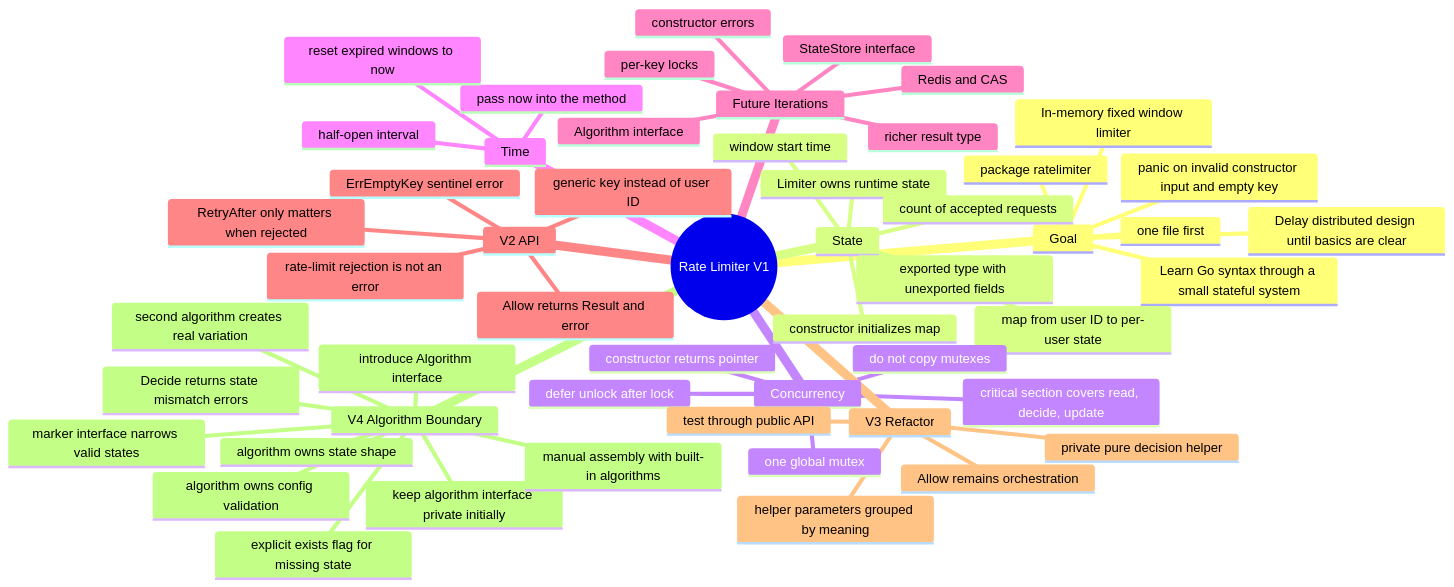
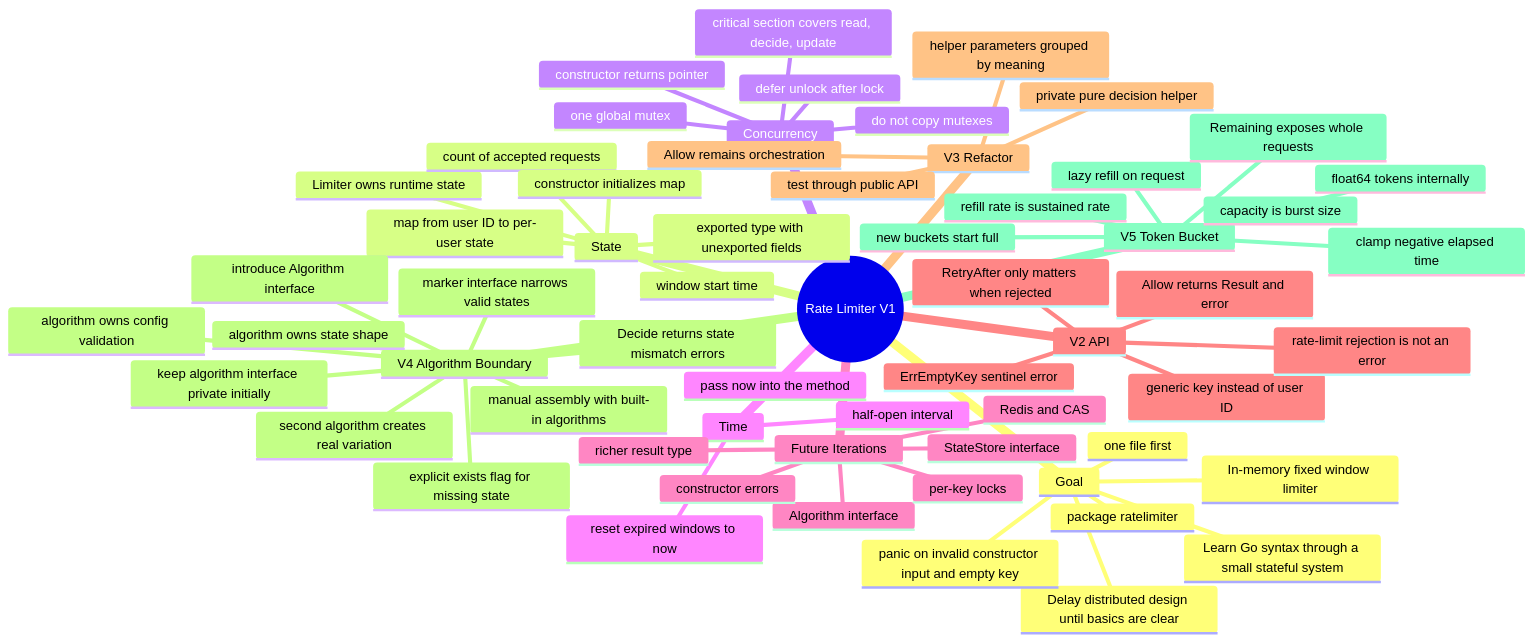
The diagram in docs/mindmaps/V1 Learning Mindmap.md (Harsh-Upadhayay/ratelimiter), drawn with Mermaid before and after one commit. The commit also changed 14 other files, not shown here.

Commit message:
feat: add V5 Token Bucket design and decision documentation, including state management and arithmetic details

````diff
--- a/docs/mindmaps/V1 Learning Mindmap.md
+++ b/docs/mindmaps/V1 Learning Mindmap.md
@@ -5,56 +5,64 @@
 ```mermaid
 mindmap
   root((Rate Limiter V1))
     Goal
       In-memory fixed window limiter
       Learn Go syntax through a small stateful system
       Delay distributed design until basics are clear
       package ratelimiter
       one file first
       panic on invalid constructor input and empty key
     State
       Limiter owns runtime state
       exported type with unexported fields
       map from user ID to per-user state
       count of accepted requests
       window start time
       constructor initializes map
     Concurrency
       one global mutex
       critical section covers read, decide, update
       defer unlock after lock
       do not copy mutexes
       constructor returns pointer
     Time
       pass now into the method
       reset expired windows to now
       half-open interval
     Future Iterations
       Algorithm interface
       StateStore interface
       richer result type
       constructor errors
       per-key locks
       Redis and CAS
     V2 API
       Allow returns Result and error
       generic key instead of user ID
       ErrEmptyKey sentinel error
       rate-limit rejection is not an error
       RetryAfter only matters when rejected
     V3 Refactor
       private pure decision helper
       Allow remains orchestration
       test through public API
       helper parameters grouped by meaning
     V4 Algorithm Boundary
       second algorithm creates real variation
       introduce Algorithm interface
       algorithm owns state shape
       marker interface narrows valid states
       explicit exists flag for missing state
       keep algorithm interface private initially
       algorithm owns config validation
       manual assembly with built-in algorithms
       Decide returns state mismatch errors
+    V5 Token Bucket
+      capacity is burst size
+      refill rate is sustained rate
+      lazy refill on request
+      float64 tokens internally
+      Remaining exposes whole requests
+      clamp negative elapsed time
+      new buckets start full
 ```
````
